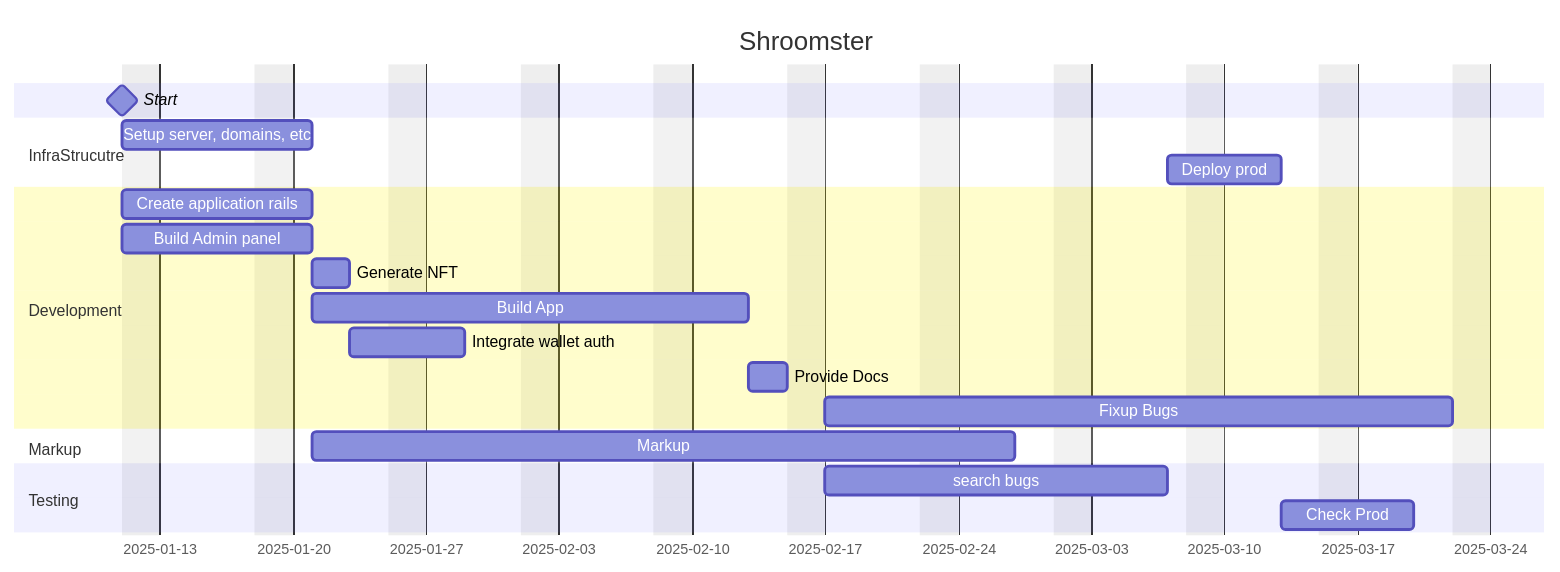
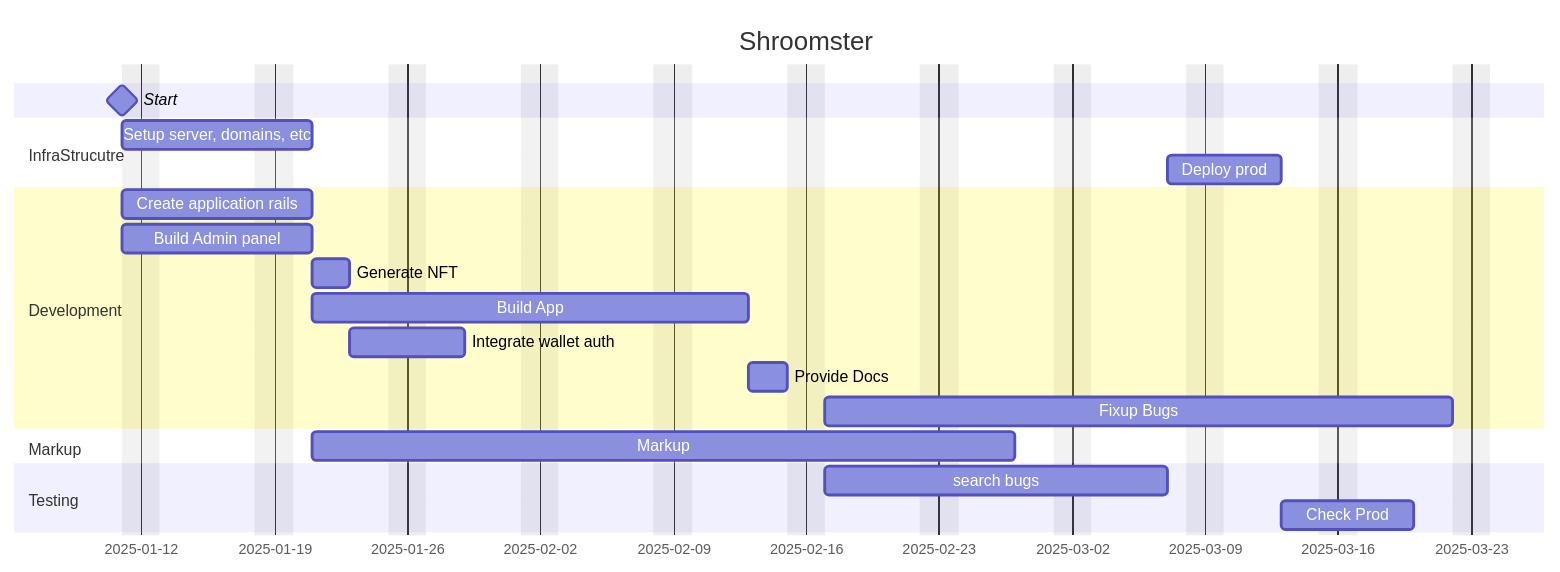
One commit to nosovk/flowershow changed the diagram in content/NA/Sales/Shroomsters.md. Above: the diagram before and after it, drawn with Mermaid. The commit also changed other lines of this file, not shown here.

````diff
--- a/content/NA/Sales/Shroomsters.md
+++ b/content/NA/Sales/Shroomsters.md
@@ -25,26 +25,25 @@
 ```mermaid
 gantt
     title Shroomster
     dateFormat MM-DD
     tickInterval 1week
     excludes weekends
     todayMarker off
-    weekday monday
     Start : milestone, s1, 2025-01-11,0min
     section InfraStrucutre
         Setup server, domains, etc: i1, after s1, 7d
         Deploy prod: i3, after qa1, 4d
     section Development
         Create application rails: dev1, after s1, 7d
         Build Admin panel: dev2-1, after s1, 7d
         Generate NFT: dev2-2, after dev1, 2d
         Build App: dev3-1, after dev2-1, 17d
         Integrate wallet auth: dev3-2, after dev2-2, 4d
         Provide Docs: dev4, after dev3-1, 2d
         Fixup Bugs: dev5, after dev4, 25d
     section Markup
         Markup: m1, after dev1, until dev5
     section Testing
         search bugs: qa1, after dev4, 14d
         Check Prod: qa2, after i3, 5d
 ```
````
